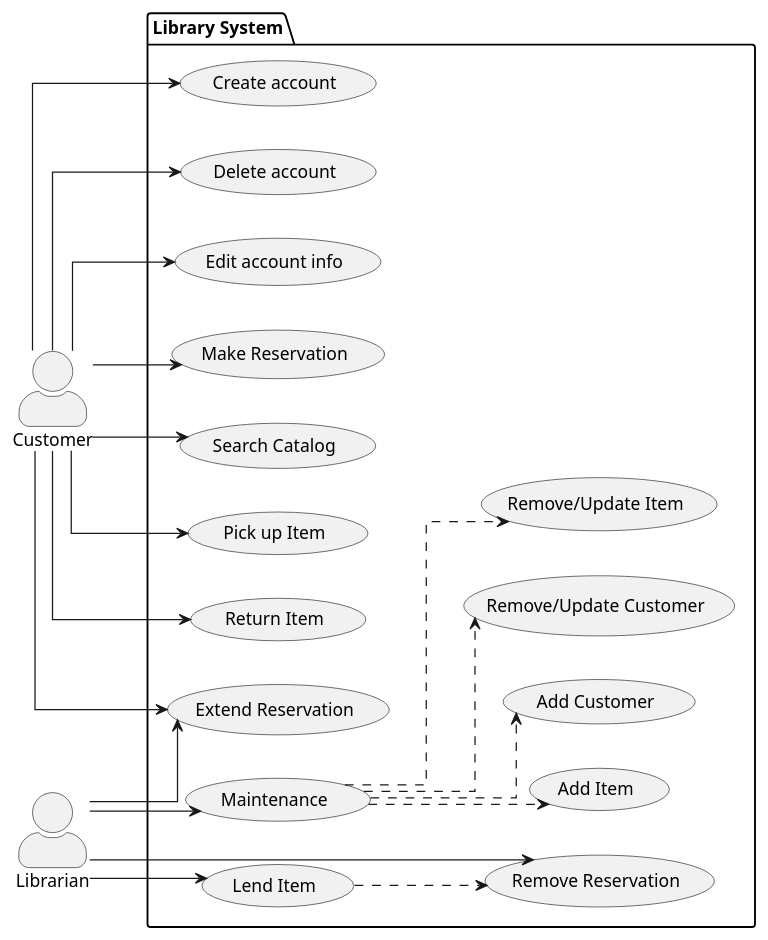
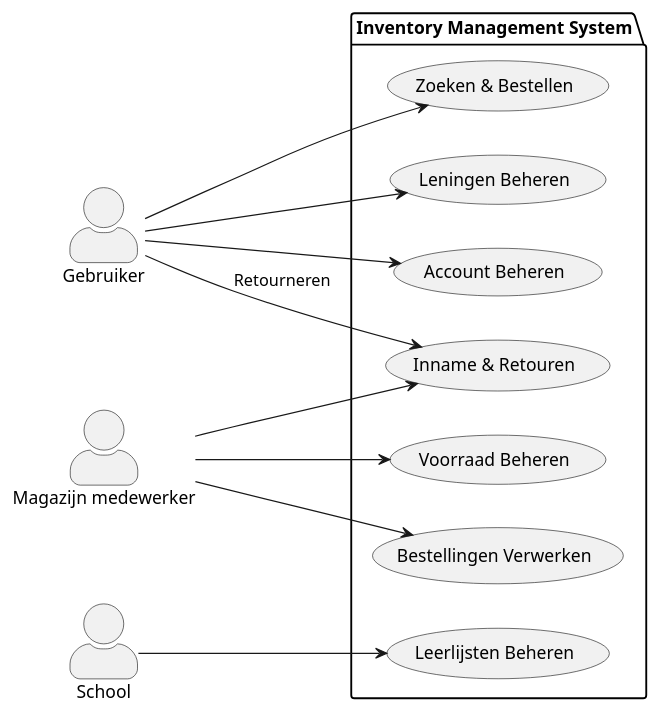
The diagram in UML/usecase.wsd (Scamspio/Scrum-3-LMS), drawn with PlantUML before and after one commit.

Commit message:
New usecase addition

```diff
--- a/UML/usecase.wsd
+++ b/UML/usecase.wsd
@@ -1,50 +1,35 @@
 @startuml
 left to right direction
-skinparam linetype ortho
 skinparam actorstyle awesome
 
+actor "Gebruiker" as User
+actor "Magazijn medewerker" as Staff
+actor "School" as School
 
-actor Customer
-actor Librarian
-
-package "Library System" {
-    usecase "Make Reservation" as UC1
-    usecase "Remove Reservation" as UC2
-    usecase "Lend Item" as UC3
-    usecase "Search Catalog" as UC4
-    usecase "Pick up Item" as UC11
-    usecase "Return Item" as UC12
-    usecase "Extend Reservation" as UC13
-    usecase "Maintenance" as Maint    
-    usecase "Remove/Update Item" as UC5
-    usecase "Add Item" as UC8
-    usecase "Add Customer" as UC9
-    usecase "Remove/Update Customer" as UC10
-    usecase "Create account" as UC14
-    usecase "Delete account" as UC15
-    usecase "Edit account info" as UC16
+package "Inventory Management System" {
+  
+    usecase "Zoeken & Bestellen" as Order
+    usecase "Leningen Beheren" as manageLoans
+    usecase "Account Beheren" as Account
+    usecase "Leerlijsten Beheren" as Booklist
+    
+    
+    usecase "Voorraad Beheren" as Inventory
+    usecase "Bestellingen Verwerken" as Process
+    usecase "Inname & Retouren" as Returns
 }
 
 
-Customer --> UC1
-Librarian --> UC2
-Librarian --> UC3
-Customer --> UC4
-Customer --> UC11
-Customer --> UC12
-Customer --> UC13
-Librarian --> UC13
-Customer --> UC14
-Customer --> UC15
-Customer --> UC16
+User --> Order
+User --> manageLoans
+User --> Account
+
+School --> Booklist
+
+Staff --> Inventory
+Staff --> Process
+Staff --> Returns
 
 
-UC3 ..> UC2
-Librarian --> Maint
-
-Maint ..> UC5 
-Maint ..> UC8 
-Maint ..> UC9
-Maint ..> UC10
-
+Returns <-- User : Retourneren
 @enduml
```
